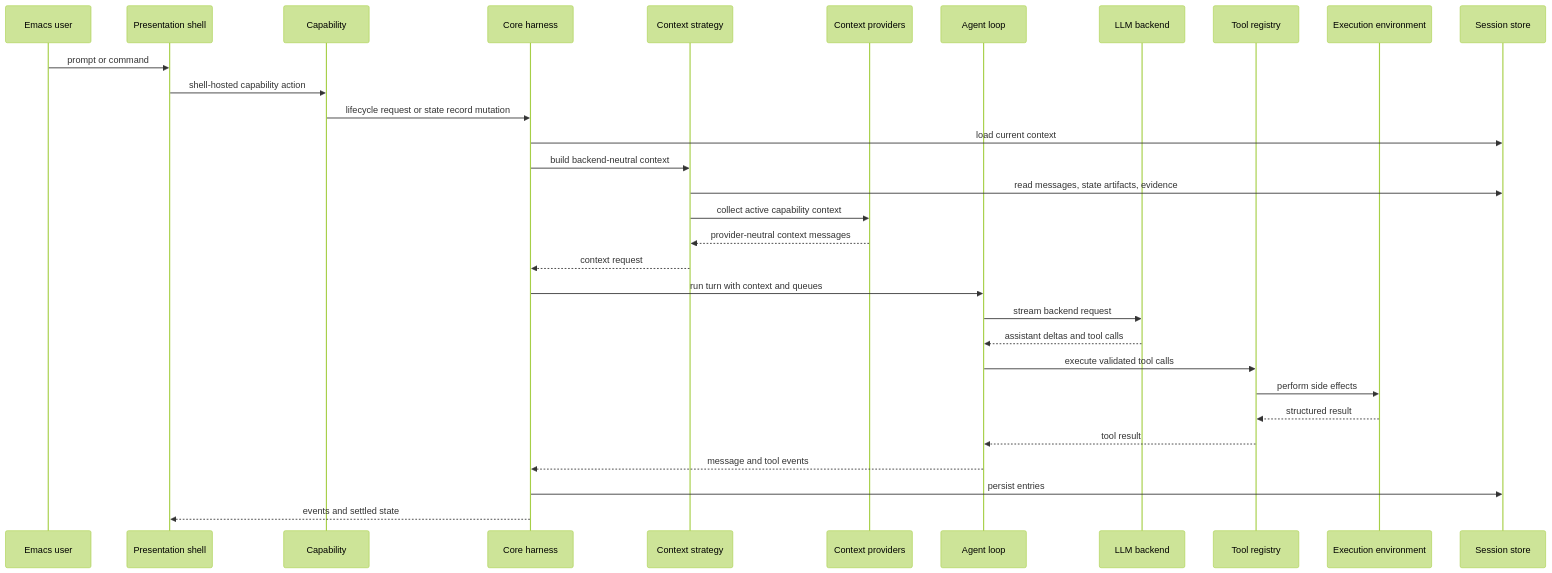
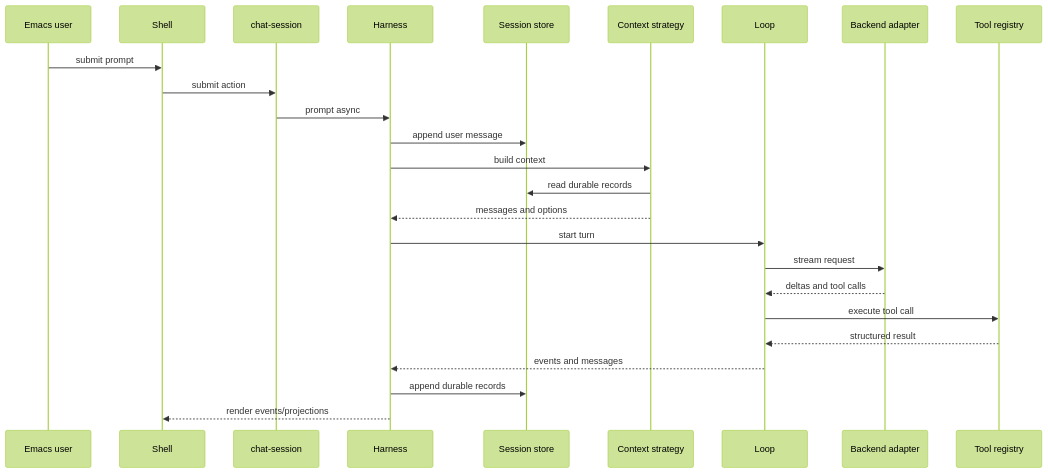
Before and after one commit to alendit/e: the second of 2 diagrams in docs/architecture.md, drawn with Mermaid (forest theme). The commit also changed other lines of this file, not shown here.

````diff
--- a/docs/architecture.md
+++ b/docs/architecture.md
@@ -333,33 +353,28 @@
 ```mermaid
 sequenceDiagram
     participant User as Emacs user
-    participant UI as Presentation shell
-    participant Cap as Capability
-    participant H as Core harness
+    participant Chat as Shell
+    participant Cap as chat-session
+    participant H as Harness
+    participant S as Session store
     participant C as Context strategy
-    participant P as Context providers
-    participant L as Agent loop
-    participant B as LLM backend
+    participant L as Loop
+    participant B as Backend adapter
     participant T as Tool registry
-    participant E as Execution environment
-    participant S as Session store
-    User->>UI: prompt or command
-    UI->>Cap: shell-hosted capability action
-    Cap->>H: lifecycle request or state record mutation
-    H->>S: load current context
-    H->>C: build backend-neutral context
-    C->>S: read messages, state artifacts, evidence
-    C->>P: collect active capability context
-    P-->>C: provider-neutral context messages
-    C-->>H: context request
-    H->>L: run turn with context and queues
-    L->>B: stream backend request
-    B-->>L: assistant deltas and tool calls
-    L->>T: execute validated tool calls
-    T->>E: perform side effects
-    E-->>T: structured result
-    T-->>L: tool result
-    L-->>H: message and tool events
-    H->>S: persist entries
-    H-->>UI: events and settled state
+
+    User->>Chat: submit prompt
+    Chat->>Cap: submit action
+    Cap->>H: prompt async
+    H->>S: append user message
+    H->>C: build context
+    C->>S: read durable records
+    C-->>H: messages and options
+    H->>L: start turn
+    L->>B: stream request
+    B-->>L: deltas and tool calls
+    L->>T: execute tool call
+    T-->>L: structured result
+    L-->>H: events and messages
+    H->>S: append durable records
+    H-->>Chat: render events/projections
 ```
````
